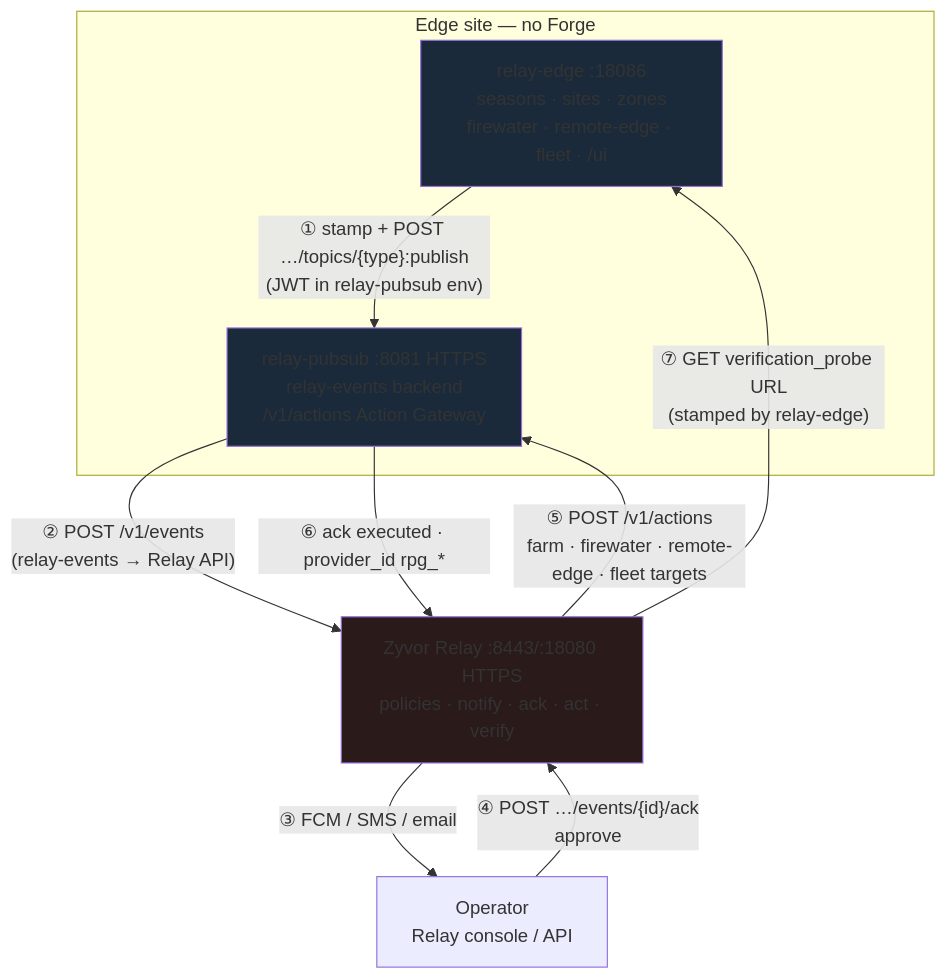
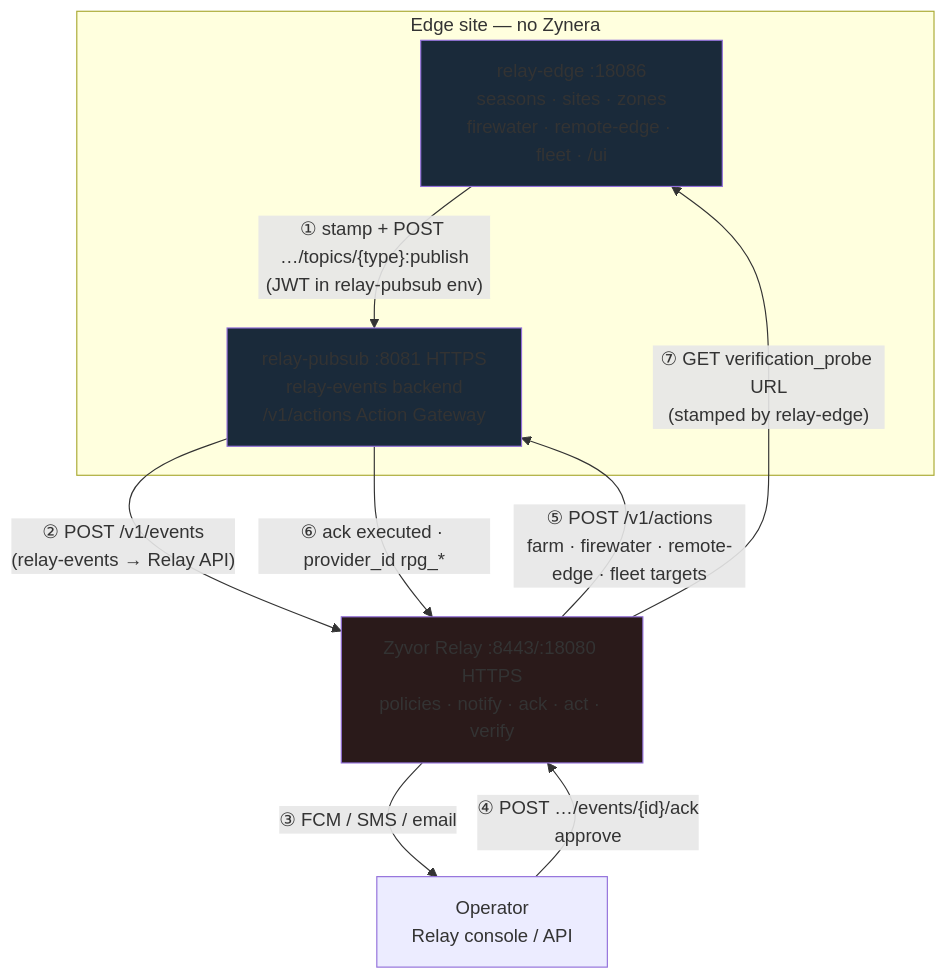
The second of 8 diagrams in docs/INTEGRATION.md (zyvorai/relay-edge), drawn with Mermaid before and after one commit. The commit also changed other lines of this file and 21 other files, not shown here.

````diff
--- a/docs/INTEGRATION.md
+++ b/docs/INTEGRATION.md
@@ -109,23 +109,23 @@
 ```mermaid
 flowchart TB
-  subgraph edge_site["Edge site — no Forge"]
+  subgraph edge_site["Edge site — no Zynera"]
     FE["relay-edge :18086\nseasons · sites · zones\nfirewater · remote-edge · fleet · /ui"]
     PS["relay-pubsub :8081 HTTPS\nrelay-events backend\n/v1/actions Action Gateway"]
   end
 
   RL["Zyvor Relay :8443/:18080 HTTPS\npolicies · notify · ack · act · verify"]
 
   OP["Operator\nRelay console / API"]
 
   FE -->|"① stamp + POST …/topics/{type}:publish\n(JWT in relay-pubsub env)"| PS
   PS -->|"② POST /v1/events\n(relay-events → Relay API)"| RL
   RL -->|"③ FCM / SMS / email"| OP
   OP -->|"④ POST …/events/{id}/ack\napprove"| RL
   RL -->|"⑤ POST /v1/actions\nfarm · firewater · remote-edge · fleet targets"| PS
   PS -->|"⑥ ack executed · provider_id rpg_*"| RL
   RL -->|"⑦ GET verification_probe URL\n(stamped by relay-edge)"| FE
 
   style FE fill:#1a2a3a
   style PS fill:#1a2a3a
   style RL fill:#2a1a1a
 ```
````
